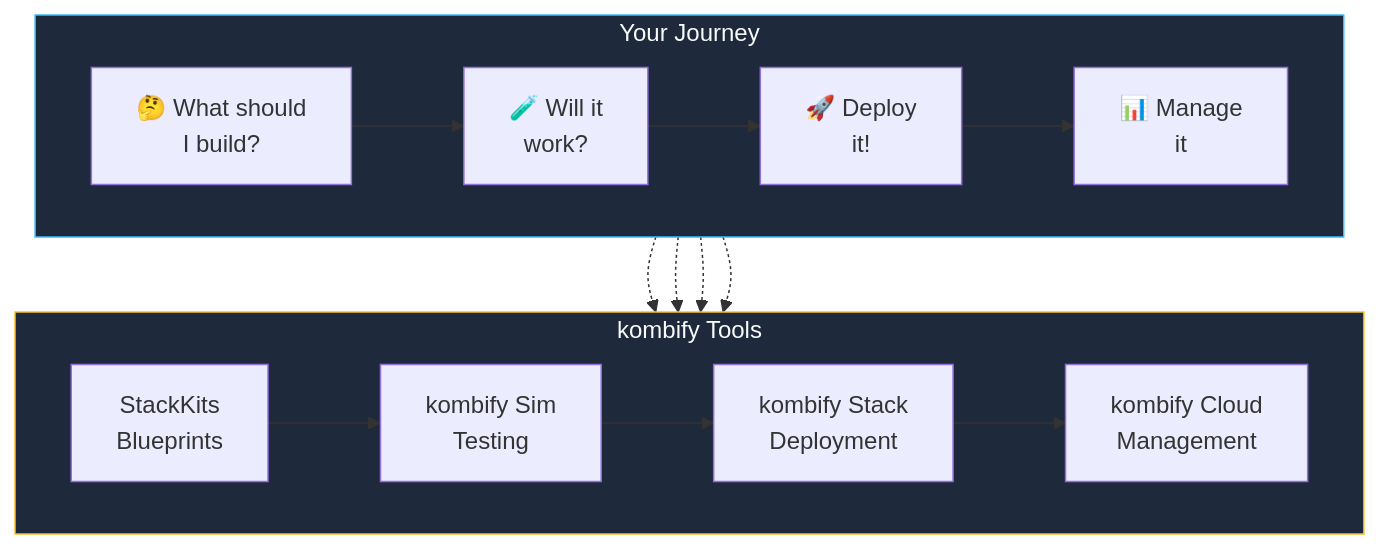
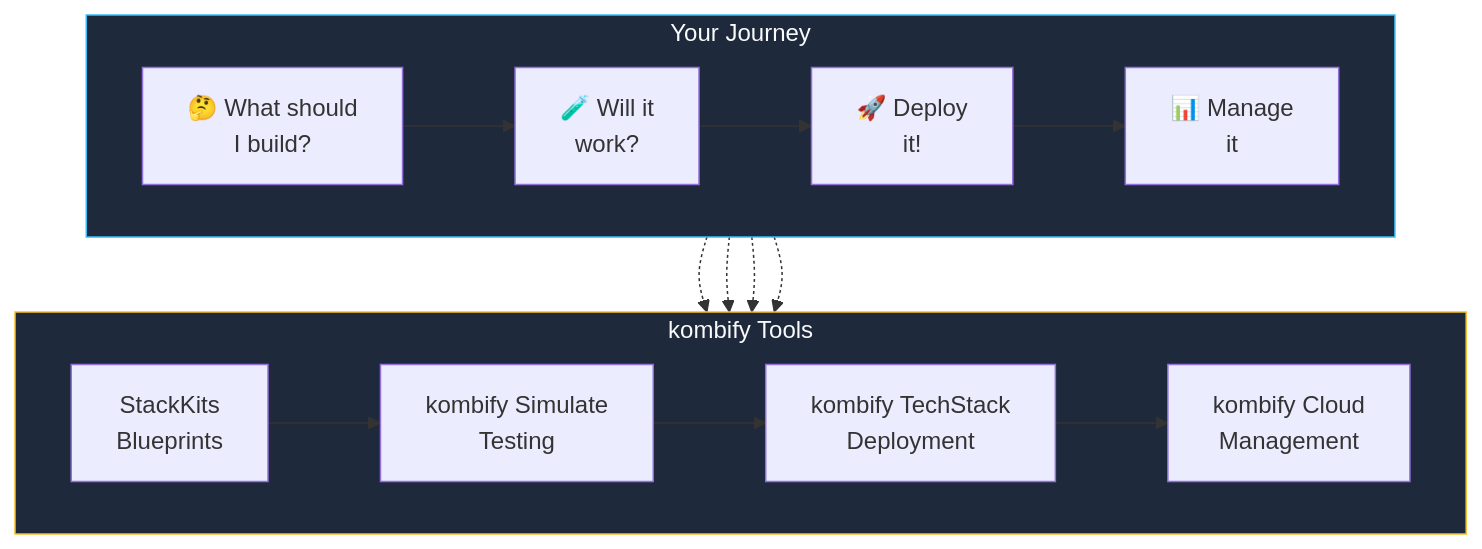
The first of 8 diagrams in ecosystem.mdx (KombiverseLabs/docs), drawn with Mermaid before and after one commit. The commit also changed other lines of this file and 57 other files, not shown here.

````diff
--- a/ecosystem.mdx
+++ b/ecosystem.mdx
@@ -12,30 +12,30 @@
 ```mermaid
 graph TB
     subgraph User["Your Journey"]
         direction LR
         Q1["🤔 What should<br/>I build?"]
         Q2["🧪 Will it<br/>work?"]
         Q3["🚀 Deploy<br/>it!"]
         Q4["📊 Manage<br/>it"]
         
         Q1 --> Q2 --> Q3 --> Q4
     end
     
     subgraph Tools["kombify Tools"]
         direction LR
         SK["StackKits<br/>Blueprints"]
-        Sim["kombify Sim<br/>Testing"]
-        Stack["kombify Stack<br/>Deployment"]
+        Sim["kombify Simulate<br/>Testing"]
+        Stack["kombify TechStack<br/>Deployment"]
         Platform["kombify Cloud<br/>Management"]
         
         SK --> Sim --> Stack --> Platform
     end
     
     Q1 -.-> SK
     Q2 -.-> Sim
     Q3 -.-> Stack
     Q4 -.-> Platform
     
     style User fill:#1e293b,stroke:#38bdf8,color:#f8fafc
     style Tools fill:#1e293b,stroke:#fbbf24,color:#f8fafc
 ```
````
